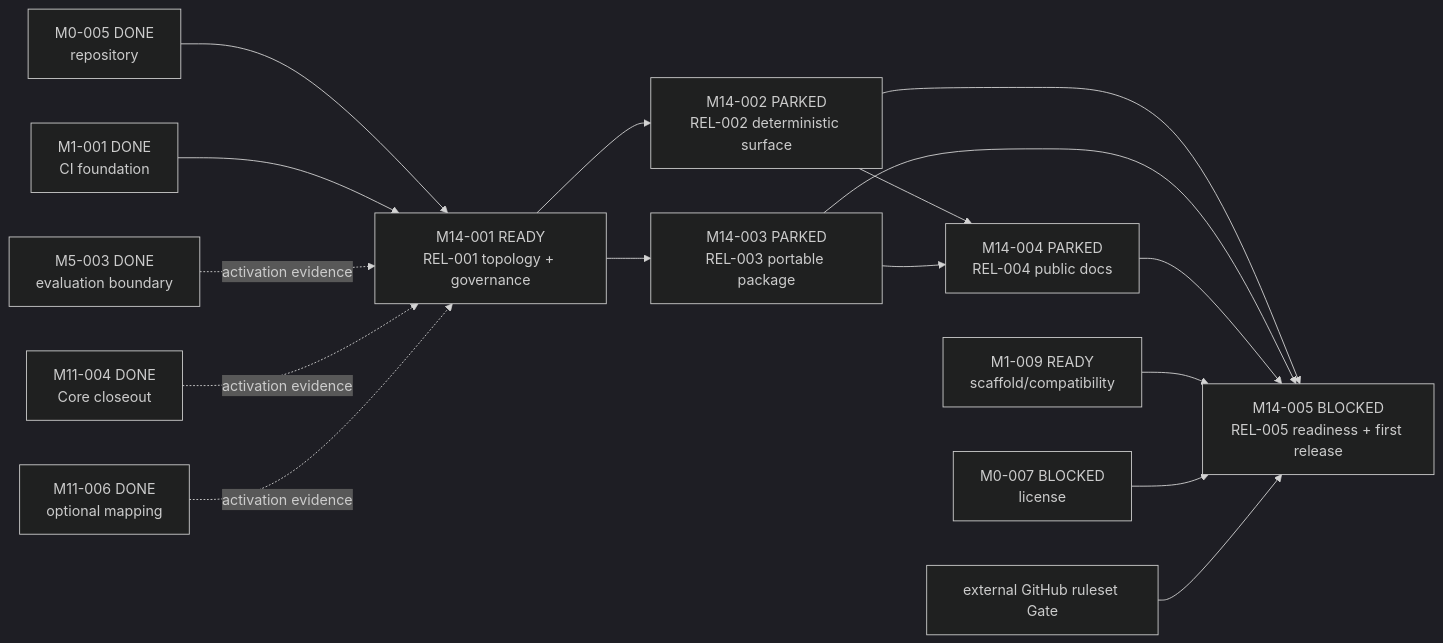
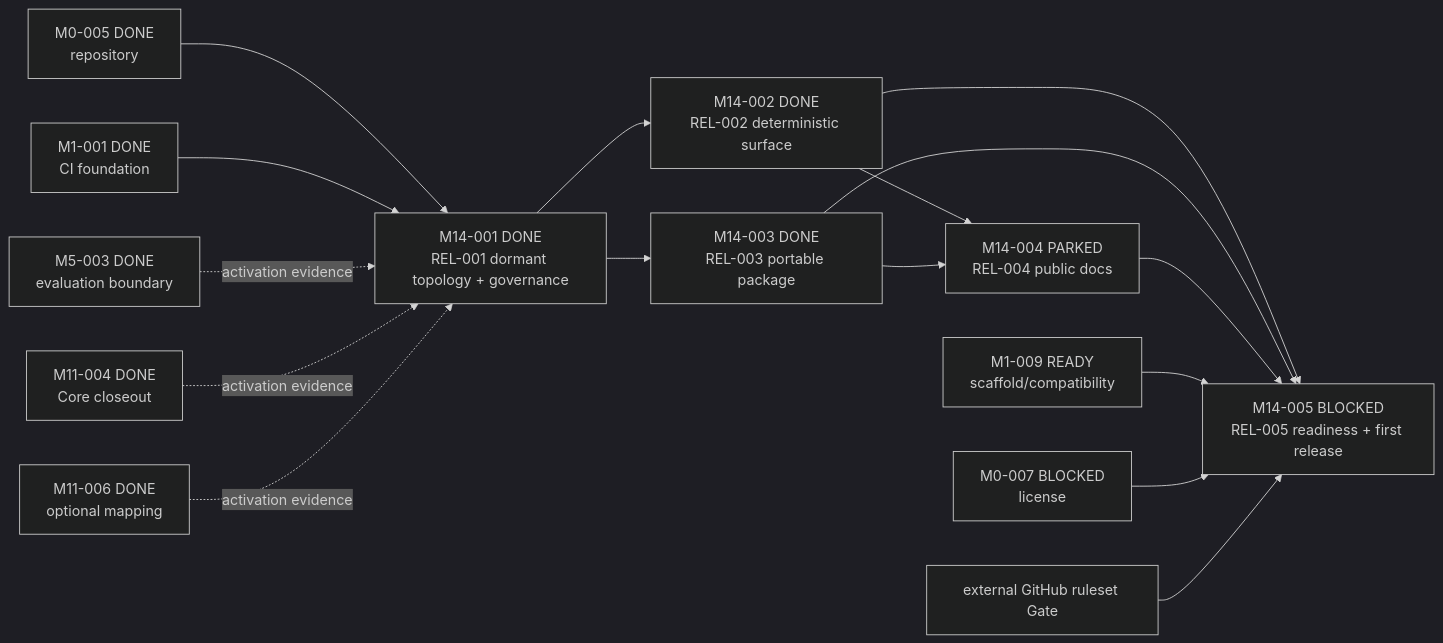
One commit to Chengyue-Lu/research-agent-workbench changed the diagram in docs/workstreams/chengyue-lu/M14-CURATED-RELEASE/README.md. Above: the diagram before and after it, drawn with Mermaid (dark theme). The commit also changed other lines of this file and 183 other files, not shown here.

First line of the commit message:
M14-001/002/003: add dormant release trust, projection and portable Runtime resources (#60)

````diff
--- a/docs/workstreams/chengyue-lu/M14-CURATED-RELEASE/README.md
+++ b/docs/workstreams/chengyue-lu/M14-CURATED-RELEASE/README.md
@@ -38,18 +38,18 @@
 ```mermaid
 flowchart LR
-    M0005["M0-005 DONE<br/>repository"] --> M14001["M14-001 READY<br/>REL-001 topology + governance"]
+    M0005["M0-005 DONE<br/>repository"] --> M14001["M14-001 DONE<br/>REL-001 dormant topology + governance"]
     M1001["M1-001 DONE<br/>CI foundation"] --> M14001
     M5003["M5-003 DONE<br/>evaluation boundary"] -. "activation evidence" .-> M14001
     M1104["M11-004 DONE<br/>Core closeout"] -. "activation evidence" .-> M14001
     M1106["M11-006 DONE<br/>optional mapping"] -. "activation evidence" .-> M14001
-    M14001 --> M14002["M14-002 PARKED<br/>REL-002 deterministic surface"]
-    M14001 --> M14003["M14-003 PARKED<br/>REL-003 portable package"]
+    M14001 --> M14002["M14-002 DONE<br/>REL-002 deterministic surface"]
+    M14001 --> M14003["M14-003 DONE<br/>REL-003 portable package"]
     M14002 --> M14004["M14-004 PARKED<br/>REL-004 public docs"]
     M14003 --> M14004
     M14002 --> M14005["M14-005 BLOCKED<br/>REL-005 readiness + first release"]
     M14003 --> M14005
     M14004 --> M14005
     M1009["M1-009 READY<br/>scaffold/compatibility"] --> M14005
     M0007["M0-007 BLOCKED<br/>license"] --> M14005
     Remote["external GitHub ruleset Gate"] --> M14005
 ```
````
